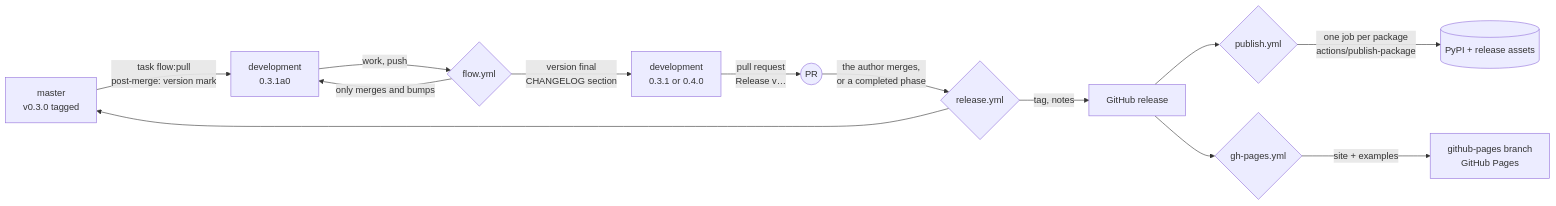
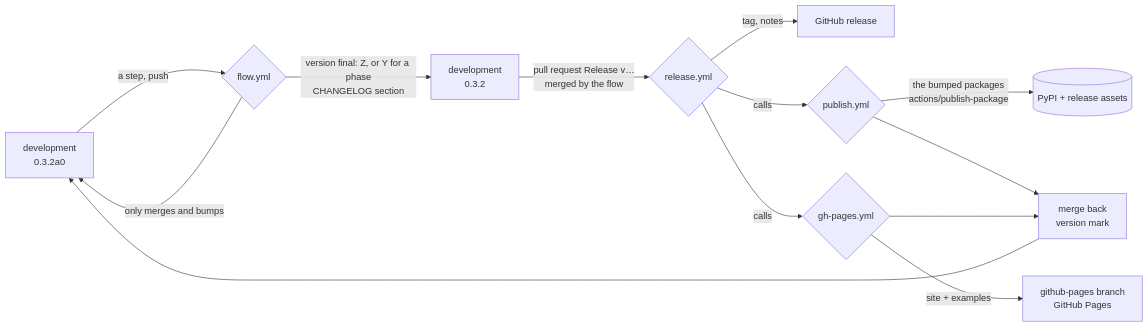
Before and after one commit to Sarverott/amoorion: the diagram in docs/.agents/MAP.md, drawn with Mermaid. The commit also changed other lines of this file and 4 other files, not shown here.

Commit message:
docs: releasing, the contributors guide, the map, the guide and AGENTS.md for versions per package, a release at every push and the merge back

````diff
--- a/docs/.agents/MAP.md
+++ b/docs/.agents/MAP.md
@@ -30,15 +30,15 @@
 ```mermaid
 flowchart LR
-    M[master<br/>v0.3.0 tagged] -- task flow:pull<br/>post-merge: version mark --> D1[development<br/>0.3.1a0]
-    D1 -- work, push --> F{flow.yml}
+    D1[development<br/>0.3.2a0] -- a step, push --> F{flow.yml}
     F -- only merges and bumps --> D1
-    F -- version final<br/>CHANGELOG section --> D2[development<br/>0.3.1 or 0.4.0]
-    D2 -- pull request<br/>Release v… --> PR((PR))
-    PR -- the author merges,<br/>or a completed phase --> R{release.yml}
+    F -- version final: Z, or Y for a phase<br/>CHANGELOG section --> D2[development<br/>0.3.2]
+    D2 -- pull request Release v…<br/>merged by the flow --> R{release.yml}
     R -- tag, notes --> GR[GitHub release]
-    GR --> P{publish.yml}
-    GR --> G{gh-pages.yml}
-    P -- one job per package<br/>actions/publish-package --> PyPI[(PyPI + release assets)]
+    R -- calls --> P{publish.yml}
+    R -- calls --> G{gh-pages.yml}
+    P -- the bumped packages<br/>actions/publish-package --> PyPI[(PyPI + release assets)]
     G -- site + examples --> GP[github-pages branch<br/>GitHub Pages]
-    R --> M
+    P --> B[merge back<br/>version mark]
+    G --> B
+    B --> D1
 ```
````
